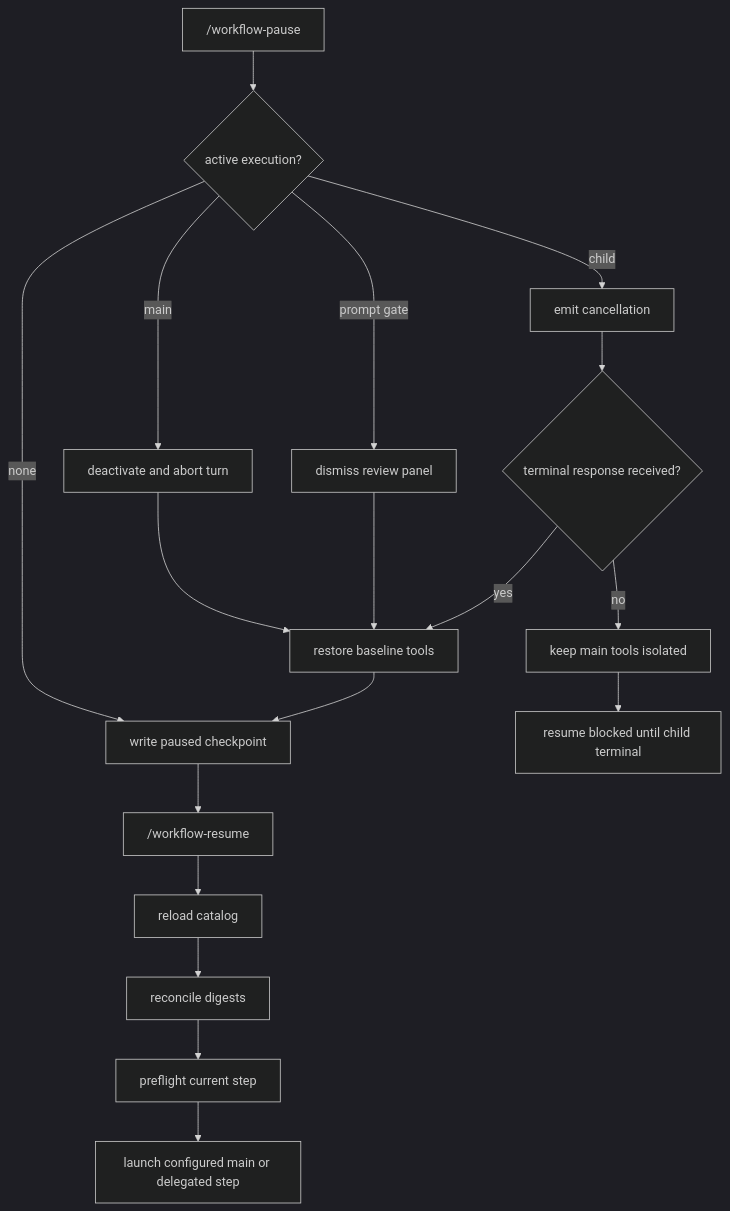
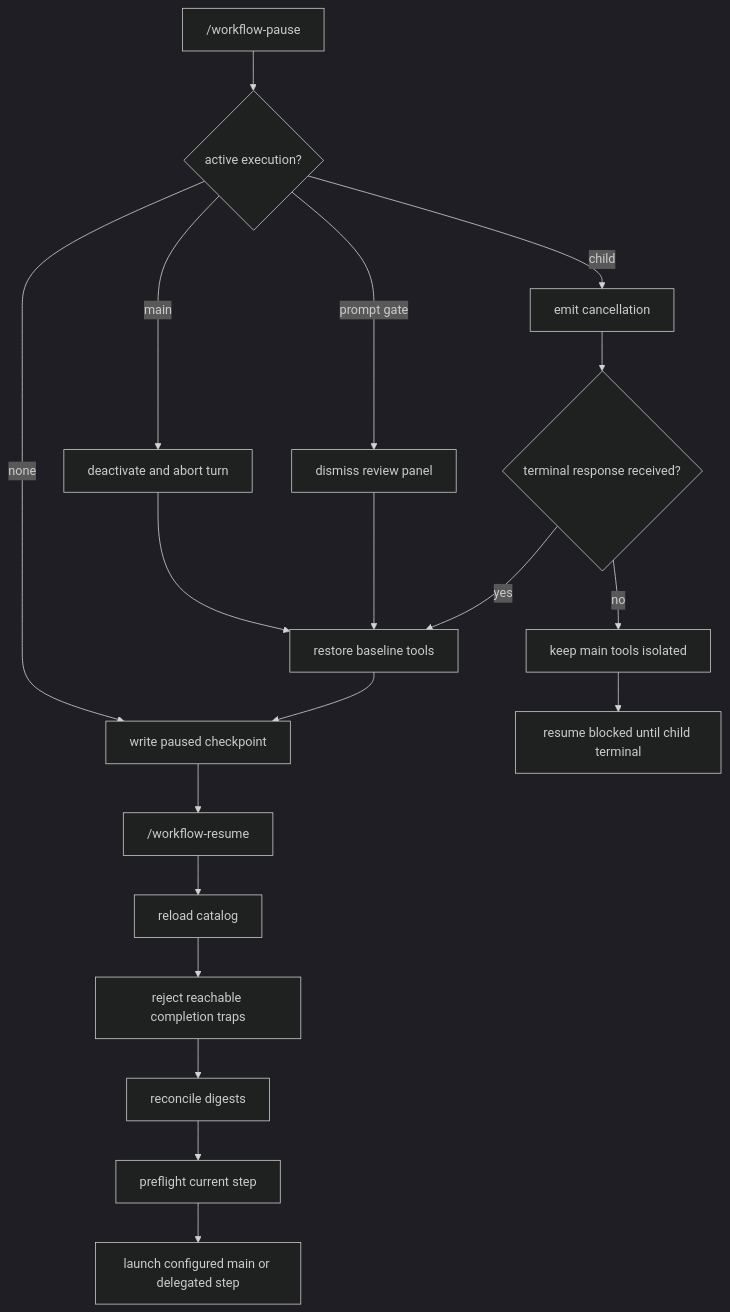
Before and after one commit to wichayutdew/pi-workflows: the sixth of 8 diagrams in openwiki/architecture/runtime-lifecycle.md, drawn with Mermaid (dark theme). The commit also changed other lines of this file and 180 other files, not shown here.

````diff
--- a/openwiki/architecture/runtime-lifecycle.md
+++ b/openwiki/architecture/runtime-lifecycle.md
@@ -208,20 +227,21 @@
 ```mermaid
 flowchart TD
   Pause["/workflow-pause"] --> Active{active execution?}
   Active -- main --> Stop[deactivate and abort turn]
   Active -- prompt gate --> Dismiss[dismiss review panel]
   Active -- child --> Cancel[emit cancellation]
   Active -- none --> Checkpoint[write paused checkpoint]
   Stop --> Restore[restore baseline tools]
   Dismiss --> Restore
   Cancel --> Confirmed{terminal response received?}
   Confirmed -- yes --> Restore[restore baseline tools]
   Confirmed -- no --> Isolate[keep main tools isolated]
   Restore --> Checkpoint
   Isolate --> BlockResume[resume blocked until child terminal]
   Checkpoint --> Resume["/workflow-resume"]
   Resume --> Reload[reload catalog]
-  Reload --> Reconcile[reconcile digests]
+  Reload --> Doctor[reject reachable completion traps]
+  Doctor --> Reconcile[reconcile digests]
   Reconcile --> Preflight[preflight current step]
   Preflight --> Launch[launch configured main or delegated step]
 ```
````
